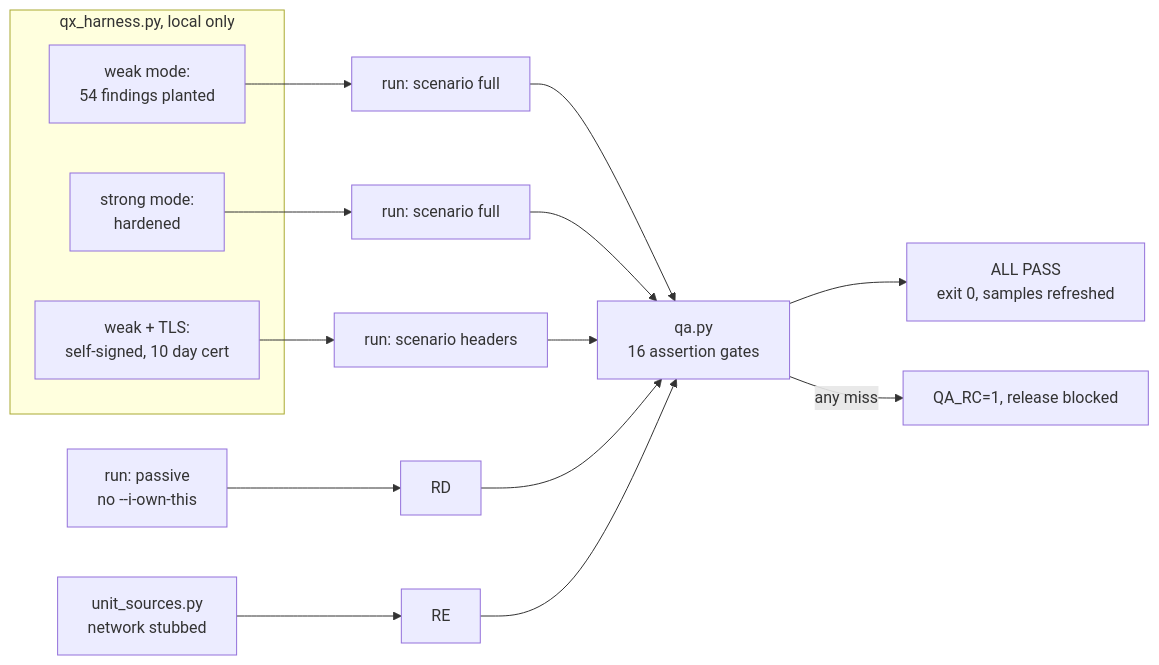
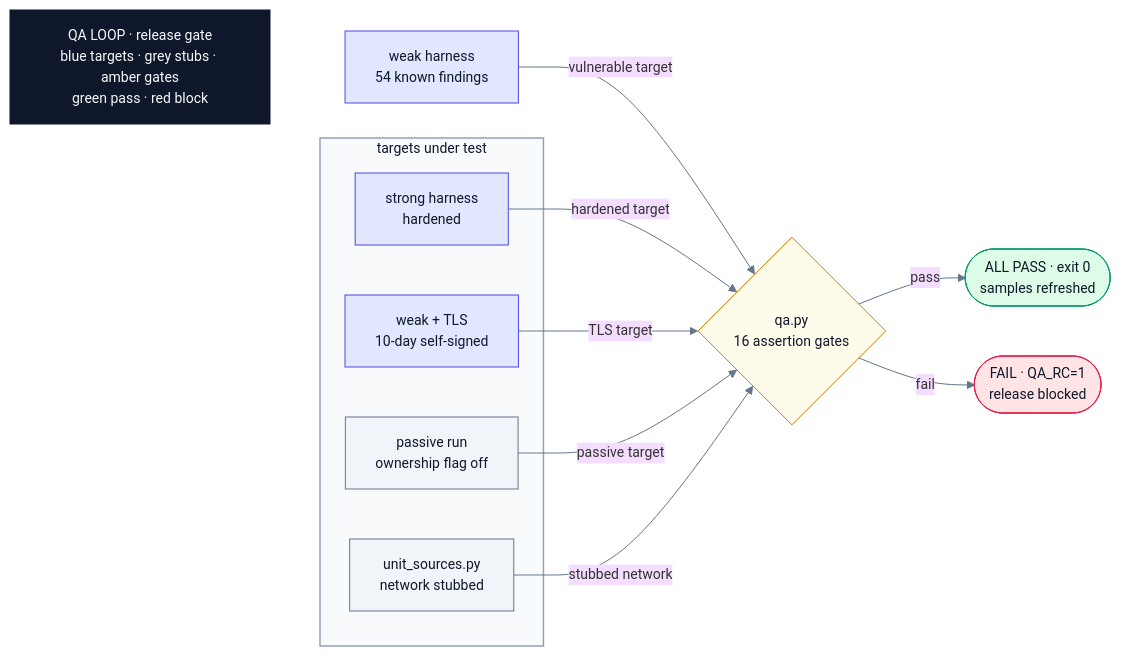
One commit to pixie-chan/redqueen changed the sixth of 6 diagrams in docs/ARCHITECTURE.md. Above: the diagram before and after it, drawn with Mermaid. The commit also changed other lines of this file and 13 other files, not shown here.

Commit message:
redesign all 6 architecture diagrams: design system, title+legend chips, labeled edges, balanced layouts

````diff
--- a/docs/ARCHITECTURE.md
+++ b/docs/ARCHITECTURE.md
@@ -112,20 +195,31 @@
 ```mermaid
+%%{init: {"theme":"base","themeVariables":{"fontFamily":"DejaVu Sans, Helvetica, sans-serif","fontSize":"14px","lineColor":"#64748b","clusterBkg":"#f8fafc","clusterBorder":"#cbd5e1"}}}%%
 flowchart LR
-    subgraph TG["qx_harness.py, local only"]
-        W1["weak mode:<br/>54 findings planted"]
-        S1["strong mode:<br/>hardened"]
-        T1["weak + TLS:<br/>self-signed, 10 day cert"]
+    T["QA LOOP · release gate<br/>blue targets · grey stubs · amber gates<br/>green pass · red block"]:::title ~~~ H1["weak harness<br/>54 known findings"]:::engine
+    subgraph T_BOX["targets under test"]
+        S1["strong harness<br/>hardened"]:::engine
+        T1["weak + TLS<br/>10-day self-signed"]:::engine
+        PG["passive run<br/>ownership flag off"]:::neutral
+        UN["unit_sources.py<br/>network stubbed"]:::neutral
     end
-    W1 --> RA["run: scenario full"]
-    S1 --> RB["run: scenario full"]
-    T1 --> RC["run: scenario headers"]
-    PG["run: passive<br/>no --i-own-this"] --> RD
-    UN["unit_sources.py<br/>network stubbed"] --> RE
-    RA --> GT["qa.py<br/>16 assertion gates"]
-    RB --> GT
-    RC --> GT
-    RD --> GT
-    RE --> GT
-    GT --> OKG["ALL PASS<br/>exit 0, samples refreshed"]
-    GT -- "any miss" --> FL["QA_RC=1, release blocked"]
+    H1 -->|"vulnerable target"| G{"qa.py<br/>16 assertion gates"}:::gate
+    S1 -->|"hardened target"| G
+    T1 -->|"TLS target"| G
+    PG -->|"passive target"| G
+    UN -->|"stubbed network"| G
+    G -->|pass| P(["ALL PASS · exit 0<br/>samples refreshed"]):::good
+    G -->|fail| X(["FAIL · QA_RC=1<br/>release blocked"]):::bad
+    style T_BOX fill:#f8fafc,stroke:#94a3b8,color:#0f172a,stroke-width:1.5px
+
+    classDef title fill:#0f172a,stroke:#0f172a,color:#f8fafc
+    classDef cli fill:#e0f2fe,stroke:#0284c7,color:#0f172a
+    classDef engine fill:#e0e7ff,stroke:#4f46e5,color:#0f172a
+    classDef gate fill:#fffbeb,stroke:#d97706,color:#0f172a
+    classDef good fill:#dcfce7,stroke:#059669,color:#0f172a
+    classDef bad fill:#ffe4e6,stroke:#e11d48,color:#0f172a
+    classDef warn fill:#ffedd5,stroke:#ea580c,color:#0f172a
+    classDef out fill:#ede9fe,stroke:#7c3aed,color:#0f172a
+    classDef neutral fill:#f1f5f9,stroke:#64748b,color:#0f172a
+    classDef ext fill:#cffafe,stroke:#0891b2,color:#0f172a
+    classDef forbidden fill:#ffe4e6,stroke:#e11d48,color:#0f172a,stroke-dasharray:6 4
 ```
````
